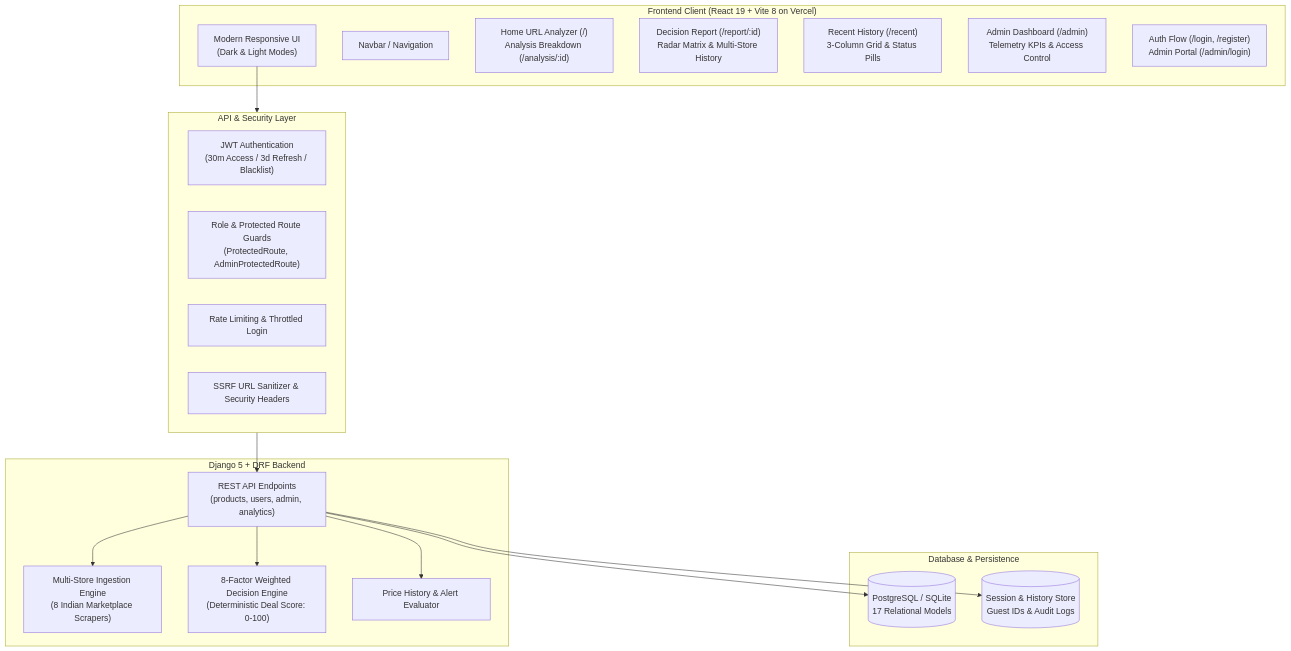
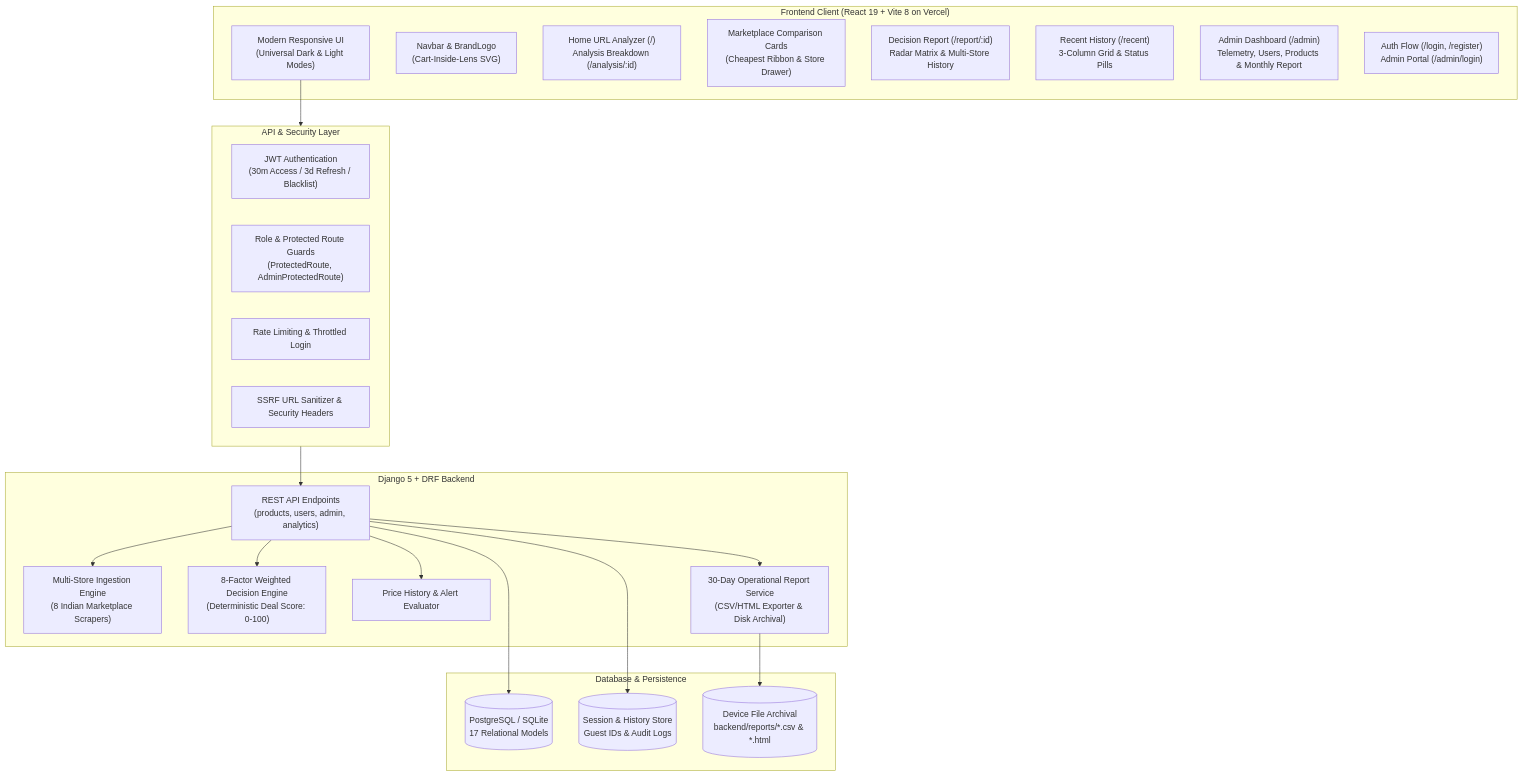
Before and after one commit to Pk246910/DealLens: the diagram in README.md, drawn with Mermaid. The commit also changed other lines of this file and 164 other files, not shown here.

First line of the commit message:
feat: complete DealLens rebrand, marketplace comparison cards, 30-day admin report, animations & light mode fixes

````diff
--- a/README.md
+++ b/README.md
@@ -84,39 +101,44 @@
 ```mermaid
 flowchart TD
     subgraph Client["Frontend Client (React 19 + Vite 8 on Vercel)"]
-        UI["Modern Responsive UI\n(Dark & Light Modes)"]
-        NAV["Navbar / Navigation"]
+        UI["Modern Responsive UI\n(Universal Dark & Light Modes)"]
+        NAV["Navbar & BrandLogo\n(Cart-Inside-Lens SVG)"]
         HOME["Home URL Analyzer (/)\nAnalysis Breakdown (/analysis/:id)"]
+        CARDS["Marketplace Comparison Cards\n(Cheapest Ribbon & Store Drawer)"]
         REPORT["Decision Report (/report/:id)\nRadar Matrix & Multi-Store History"]
         RECENT["Recent History (/recent)\n3-Column Grid & Status Pills"]
-        ADMIN_PAGE["Admin Dashboard (/admin)\nTelemetry KPIs & Access Control"]
+        ADMIN_PAGE["Admin Dashboard (/admin)\nTelemetry, Users, Products & Monthly Report"]
         AUTH_VIEWS["Auth Flow (/login, /register)\nAdmin Portal (/admin/login)"]
     end
 
     subgraph Gateway["API & Security Layer"]
         JWT["JWT Authentication\n(30m Access / 3d Refresh / Blacklist)"]
         GUARDS["Role & Protected Route Guards\n(ProtectedRoute, AdminProtectedRoute)"]
         THROTTLE["Rate Limiting & Throttled Login"]
         SSRF["SSRF URL Sanitizer & Security Headers"]
     end
 
     subgraph Backend["Django 5 + DRF Backend"]
         REST["REST API Endpoints\n(products, users, admin, analytics)"]
         EXTRACT["Multi-Store Ingestion Engine\n(8 Indian Marketplace Scrapers)"]
         AI_ENGINE["8-Factor Weighted Decision Engine\n(Deterministic Deal Score: 0-100)"]
         SCHEDULER["Price History & Alert Evaluator"]
+        REPORT_SVC["30-Day Operational Report Service\n(CSV/HTML Exporter & Disk Archival)"]
     end
 
     subgraph Data["Database & Persistence"]
         DB[("PostgreSQL / SQLite\n17 Relational Models")]
         CACHE[("Session & History Store\nGuest IDs & Audit Logs")]
+        DISK[("Device File Archival\nbackend/reports/*.csv & *.html")]
     end
 
     UI --> Gateway
     Gateway --> REST
     REST --> EXTRACT
     REST --> AI_ENGINE
     REST --> SCHEDULER
+    REST --> REPORT_SVC
     REST --> DB
     REST --> CACHE
+    REPORT_SVC --> DISK
 ```
````
